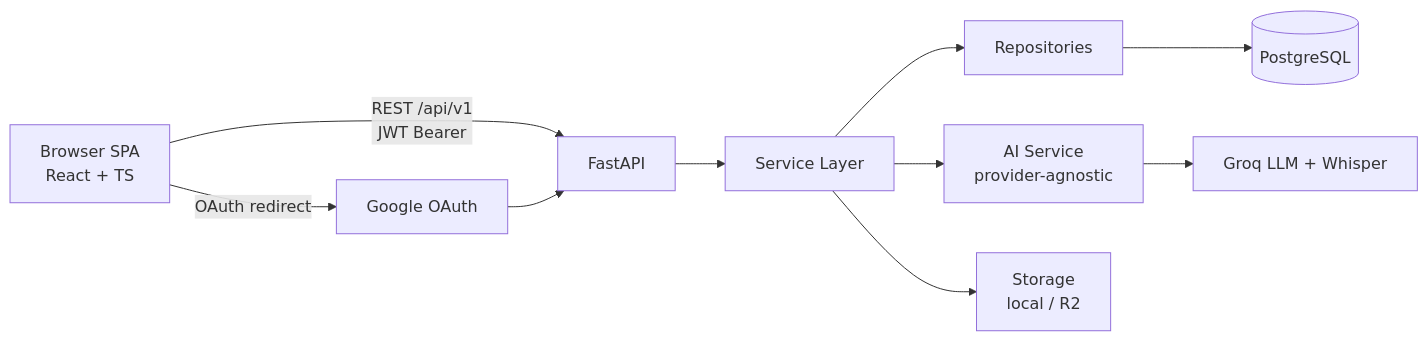
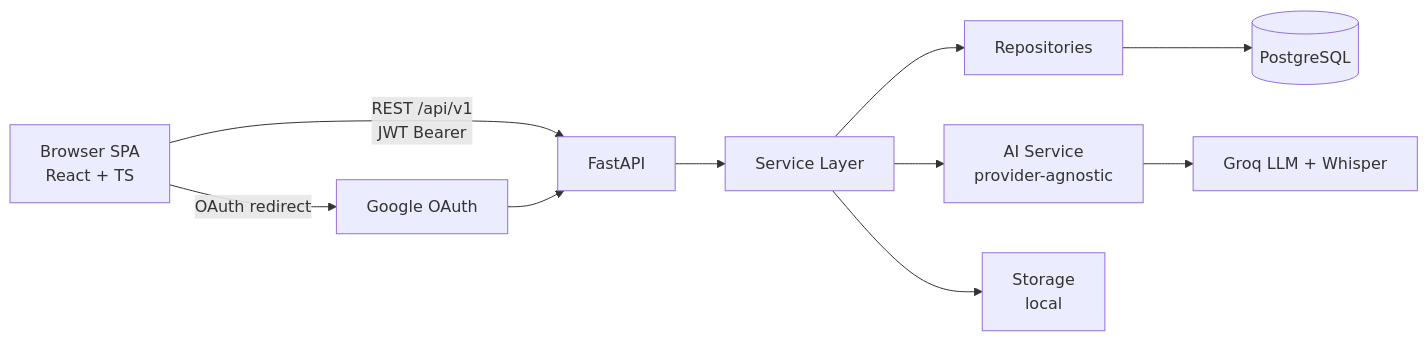
One commit to Alok-kumar-priyadarshi/AI-Interview-Platform changed the diagram in README.md. Above: the diagram before and after it, drawn with Mermaid. The commit also changed other lines of this file, not shown here.

````diff
--- a/README.md
+++ b/README.md
@@ -99,12 +97,12 @@
 ```mermaid
 flowchart LR
     U[Browser SPA<br/>React + TS] -->|REST /api/v1<br/>JWT Bearer| A[FastAPI]
     A --> S[Service Layer]
     S --> R[Repositories]
     R --> DB[(PostgreSQL)]
     S --> AI[AI Service<br/>provider-agnostic]
     AI --> G[Groq LLM + Whisper]
-    S --> ST[Storage<br/>local / R2]
+    S --> ST[Storage<br/>local ]
     U -->|OAuth redirect| GO[Google OAuth]
     GO --> A
 ```
````
